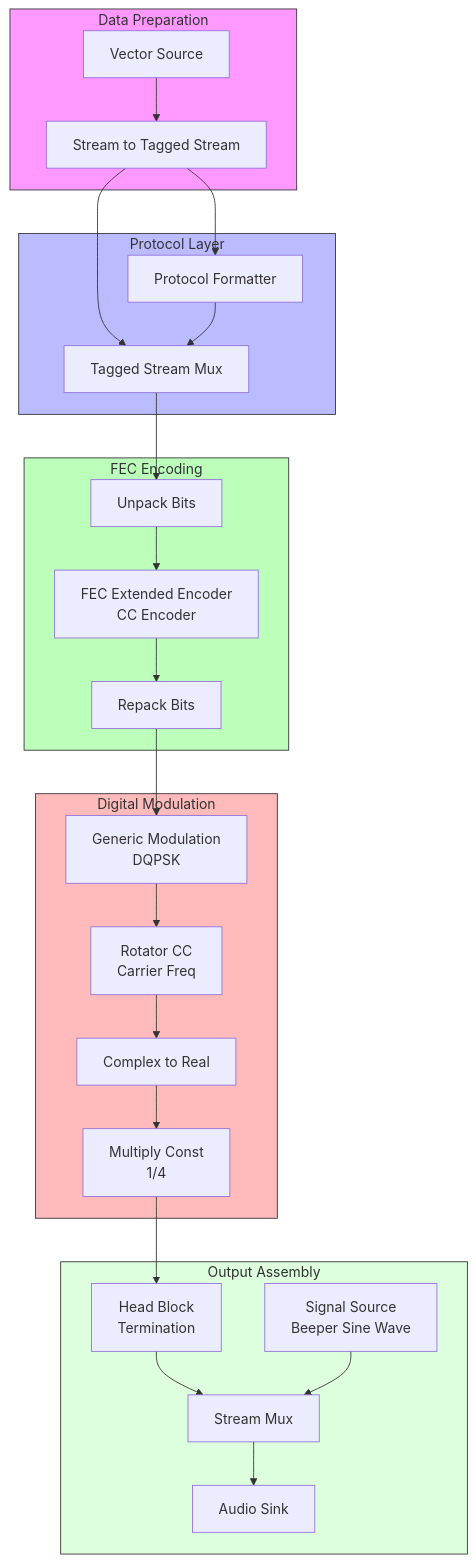
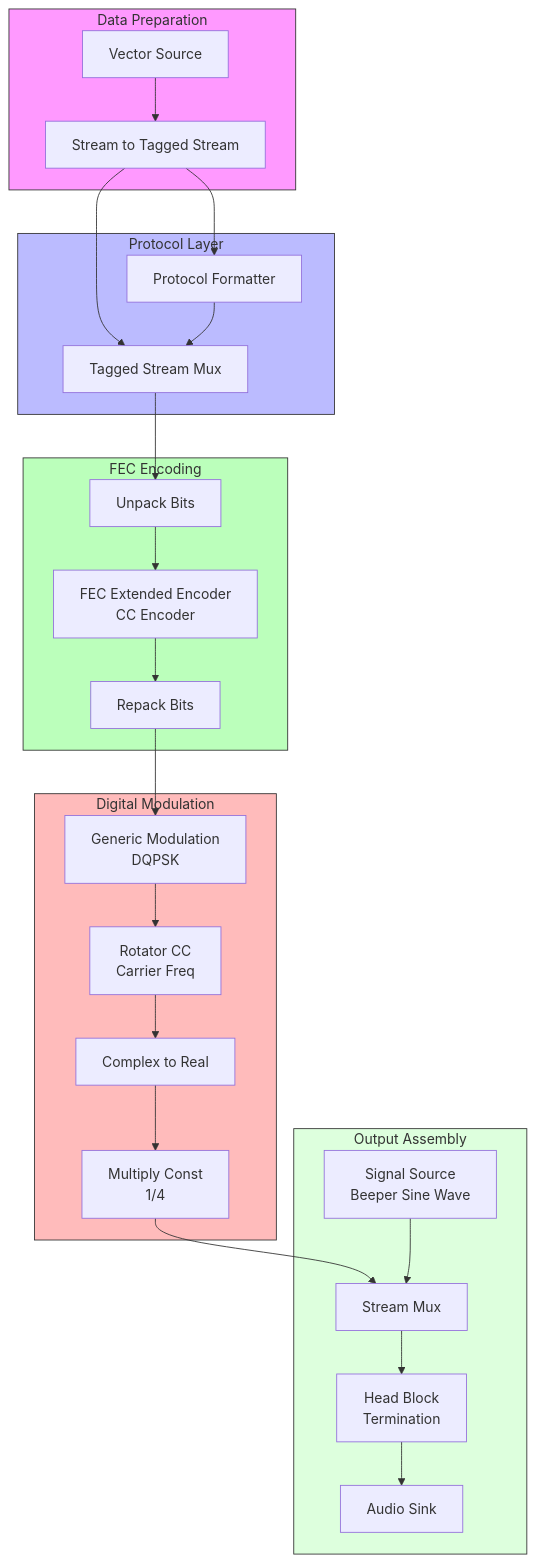
The second of 2 diagrams in docs/transmitter.md (BimBim134/vibe-audioModem), drawn with Mermaid before and after one commit. The commit also changed 2 other files, not shown here.

Commit message:
refactor: Adjust transmitter flow graph to correctly terminate combined beeper and data stream, and add analysis scripts for verification.

````diff
--- a/docs/transmitter.md
+++ b/docs/transmitter.md
@@ -23,38 +23,38 @@
 ```mermaid
 graph TD
     subgraph PRE [Data Preparation]
         SRC[Vector Source] --> P_FRM[Stream to Tagged Stream]
     end
 
     subgraph PROTO [Protocol Layer]
         P_FRM --> PROTO_FMT[Protocol Formatter]
         P_FRM --> MUX[Tagged Stream Mux]
         PROTO_FMT --> MUX
     end
 
     subgraph FEC_GRP [FEC Encoding]
         MUX --> UNPACK[Unpack Bits]
         UNPACK --> FEC_ENC[FEC Extended Encoder<br/>CC Encoder]
         FEC_ENC --> REPACK[Repack Bits]
     end
 
     subgraph MOD [Digital Modulation]
         REPACK --> MOD_GEN[Generic Modulation<br/>DQPSK]
         MOD_GEN --> ROT[Rotator CC<br/>Carrier Freq]
         ROT --> C2R[Complex to Real]
         C2R --> SCALE[Multiply Const<br/>1/4]
     end
 
     subgraph OUT [Output Assembly]
-        SCALE --> HEAD[Head Block<br/>Termination]
-        HEAD --> S_MUX[Stream Mux]
+        SCALE --> S_MUX[Stream Mux]
         BEEP[Signal Source<br/>Beeper Sine Wave] --> S_MUX
-        S_MUX --> SINK[Audio Sink]
+        S_MUX --> HEAD[Head Block<br/>Termination]
+        HEAD --> SINK[Audio Sink]
     end
 
     style PRE fill:#f9f,stroke:#333
     style PROTO fill:#bbf,stroke:#333
     style FEC_GRP fill:#bfb,stroke:#333
     style MOD fill:#fbb,stroke:#333
     style OUT fill:#dfd,stroke:#333
 ```
````
